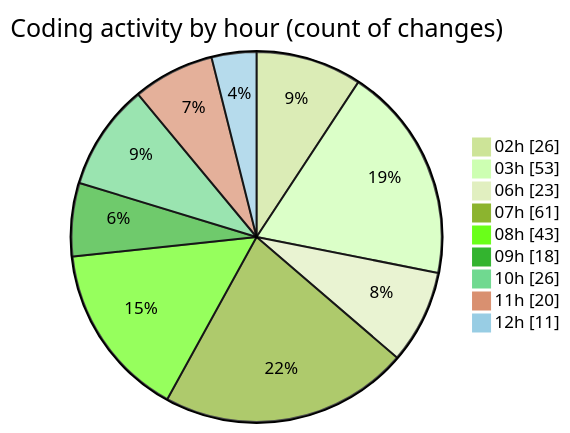
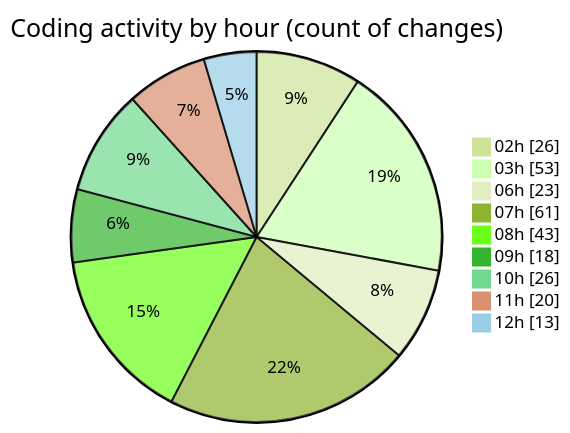
The second of 2 diagrams in 2025-02-22/micros/README.md (charlie-sans/code-tracking), drawn with Mermaid (forest theme) before and after one commit. The commit also changed other lines of this file and 1 other file, not shown here.

````diff
--- a/2025-02-22/micros/README.md
+++ b/2025-02-22/micros/README.md
@@ -79,13 +79,13 @@
 ```mermaid
 pie showData
 title Coding activity by hour (count of changes)
 "02h" : 26
 "03h" : 53
 "06h" : 23
 "07h" : 61
 "08h" : 43
 "09h" : 18
 "10h" : 26
 "11h" : 20
-"12h" : 11
+"12h" : 13
 ```
````
